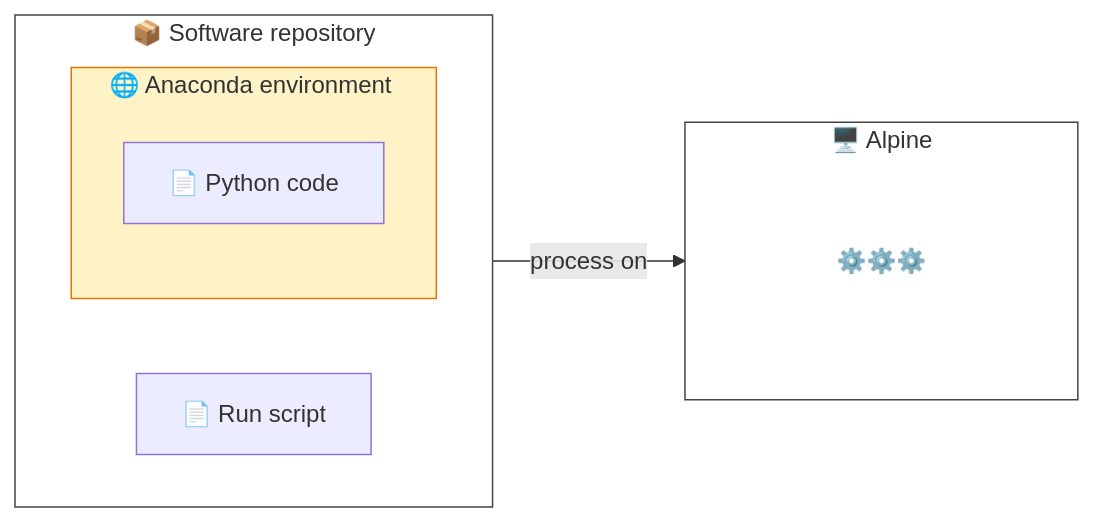
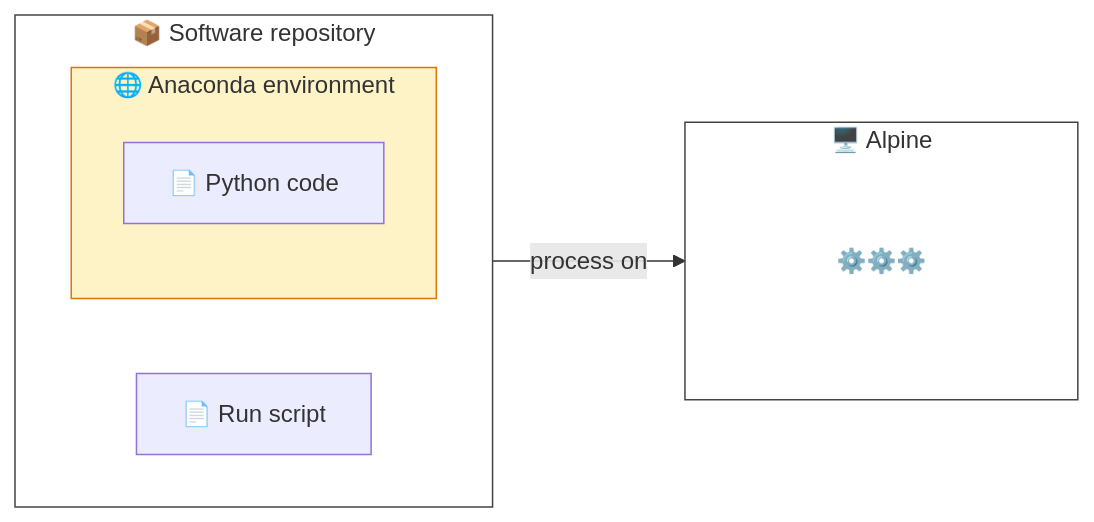
Before and after one commit to CU-DBMI/set-website: the first of 8 diagrams in _posts/2023-07-07-Using-Python-and-Anaconda-with-the-Alpine-HPC-Cluster.md, drawn with Mermaid. The commit also changed other lines of this file, not shown here.

Commit message:
remove nbsp from diagrams

````diff
--- a/_posts/2023-07-07-Using-Python-and-Anaconda-with-the-Alpine-HPC-Cluster.md
+++ b/_posts/2023-07-07-Using-Python-and-Anaconda-with-the-Alpine-HPC-Cluster.md
@@ -26,25 +26,25 @@
 ```mermaid!
 flowchart LR
     subgraph repo["📦 Software repository"]
         direction LR
         runscript["📄 Run script"]
-        subgraph condaenv["&nbsp;🌐 Anaconda environment &nbsp;"]
+        subgraph condaenv["🌐 Anaconda environment"]
             pythoncode["📄 Python code"]
         end
 
     end
     subgraph alpine["🖥️ Alpine"]
         subgraph spacer1[" "]
             subgraph spacer2["⚙️⚙️⚙️"]
             end
         end
     end
 
     repo --> | process on | alpine
 
 style condaenv fill:#FEF3C7,stroke:#D97706;
 style repo fill:#ffffff,stroke:#444444;
 style alpine fill:#ffffff,stroke:#444444;
 style spacer1 fill:#ffffff,stroke:#ffffff;
 style spacer2 fill:#ffffff,stroke:#ffffff;
 ```
````
